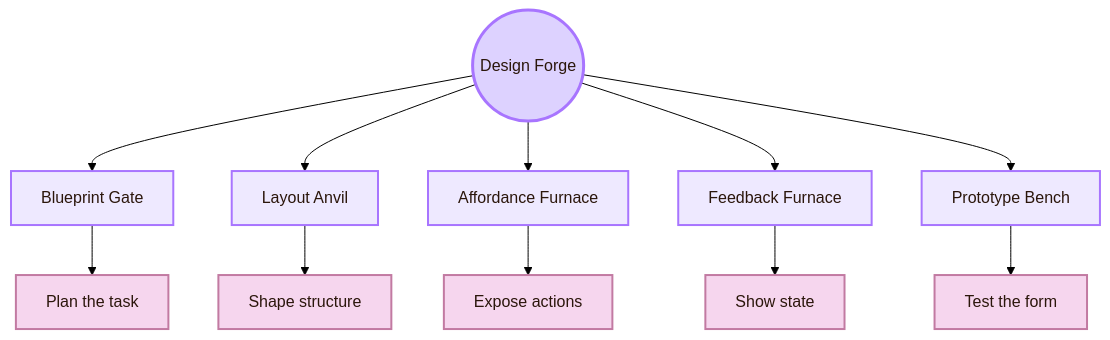
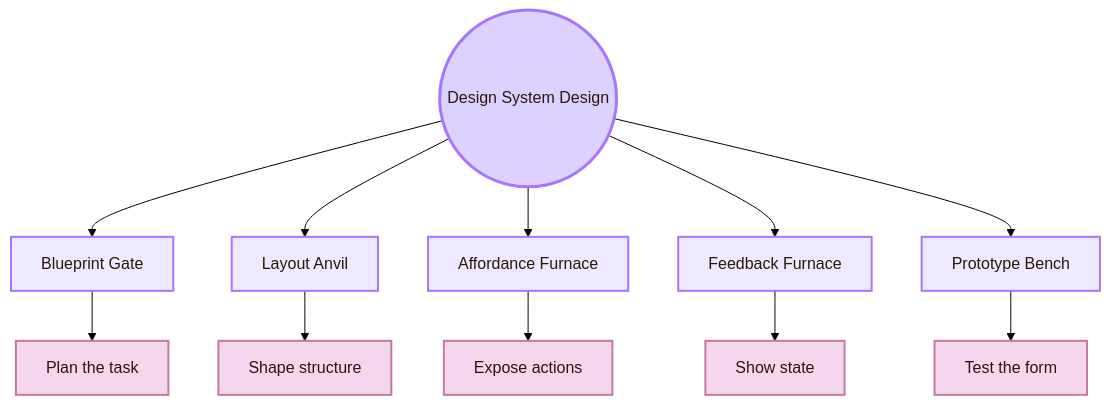
One commit to andreitegzes06-ui/CogniShire changed the first of 12 diagrams in 01_Core_Area_HCI/001_Subareas/02_System_Design/Activities/Design.md. Above: the diagram before and after it, drawn with Mermaid (forest theme). The commit also changed other lines of this file and 132 other files, not shown here.

````diff
--- a/01_Core_Area_HCI/001_Subareas/02_System_Design/Activities/Design.md
+++ b/01_Core_Area_HCI/001_Subareas/02_System_Design/Activities/Design.md
@@ -38,24 +8,24 @@
 ```mermaid
 flowchart TB
-    A((Design Forge))
+    A((Design System Design))
 
     A --> B[Blueprint Gate]
     A --> C[Layout Anvil]
     A --> D[Affordance Furnace]
     A --> E[Feedback Furnace]
     A --> F[Prototype Bench]
 
     B --> B1[Plan the task]
     C --> C1[Shape structure]
     D --> D1[Expose actions]
     E --> E1[Show state]
     F --> F1[Test the form]
 
     classDef center fill:#ddd2ff,stroke:#a875ff,color:#2b160b,stroke-width:3px;
     classDef gate fill:#eee9ff,stroke:#a875ff,color:#2b160b,stroke-width:2px;
     classDef detail fill:#f6d6ee,stroke:#c27aa2,color:#2b160b,stroke-width:2px;
 
     class A center;
     class B,C,D,E,F gate;
     class B1,C1,D1,E1,F1 detail;
 ```
````
